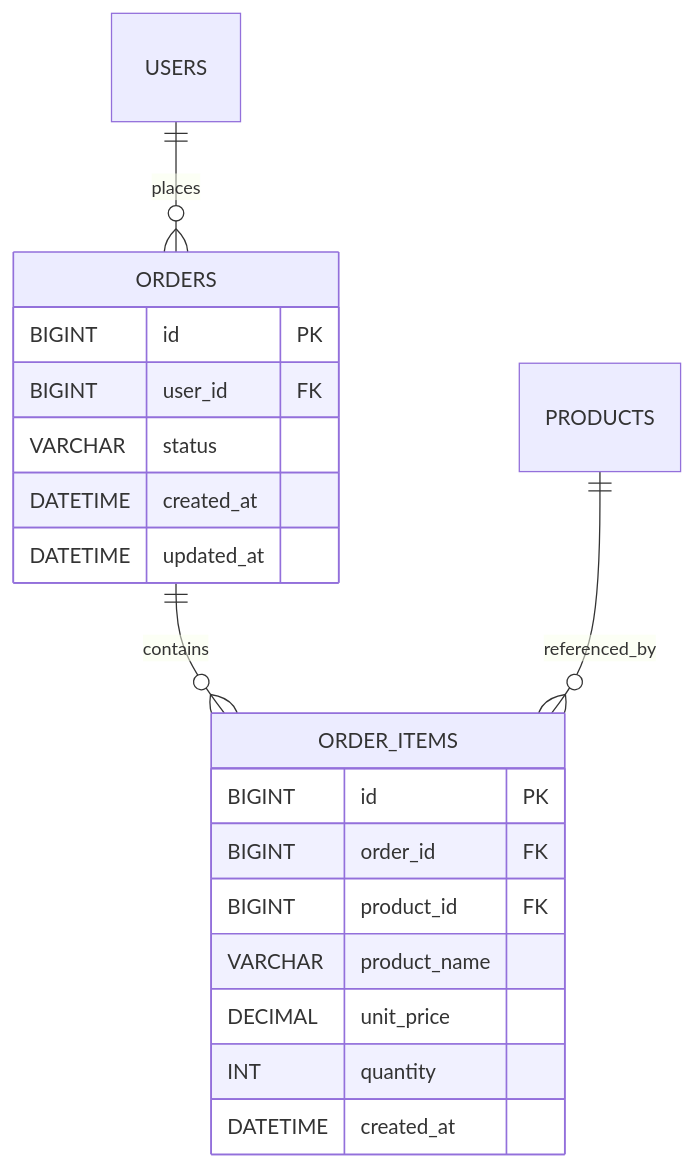
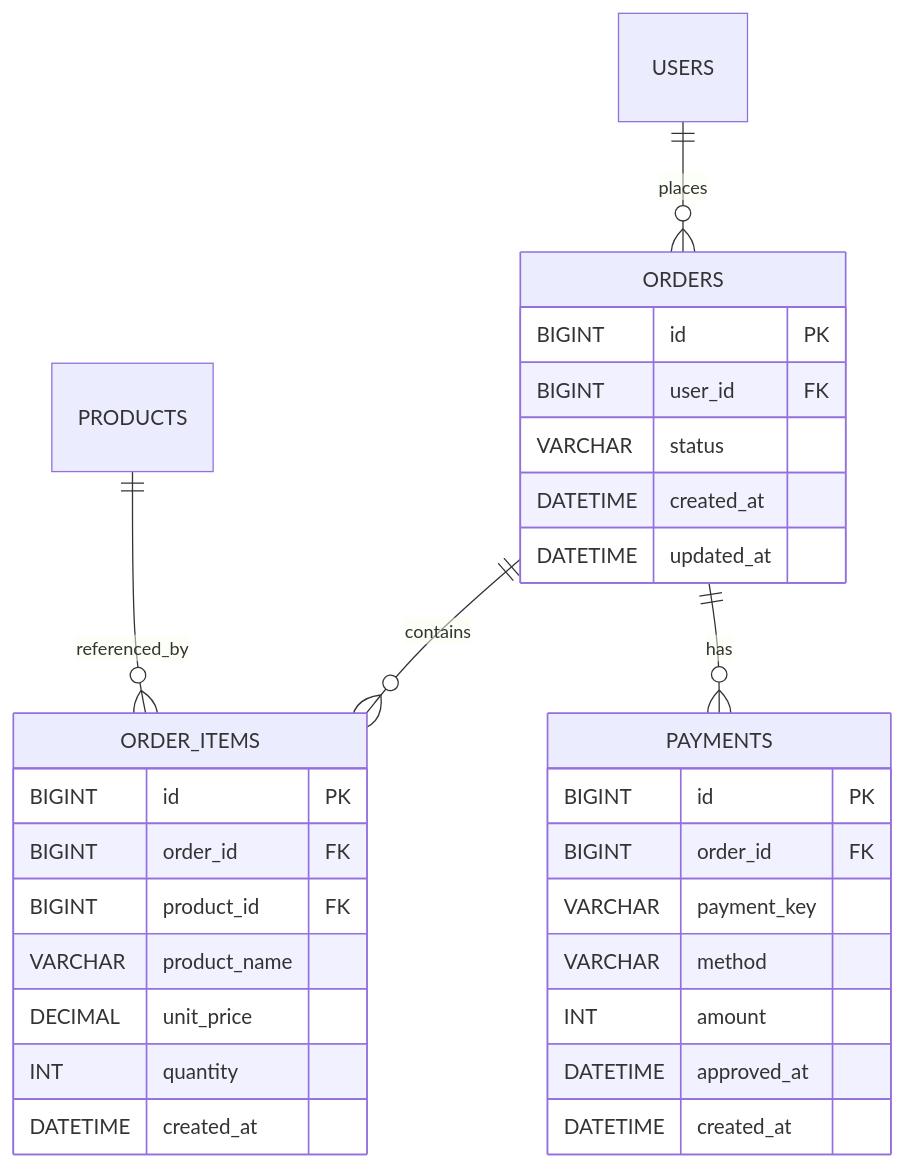
Before and after one commit to SINHEESEOP/Evo-Commerce: the first of 2 diagrams in docs/wiki/Phase2_기획및설계.md, drawn with Mermaid. The commit also changed other lines of this file and 7 other files, not shown here.

````diff
--- a/docs/wiki/Phase2_기획및설계.md
+++ b/docs/wiki/Phase2_기획및설계.md
@@ -8,24 +8,35 @@
 ```mermaid
 erDiagram
     USERS ||--o{ ORDERS : places
     ORDERS ||--o{ ORDER_ITEMS : contains
+    ORDERS ||--o{ PAYMENTS : has
     PRODUCTS ||--o{ ORDER_ITEMS : referenced_by
 
     ORDERS {
         BIGINT id PK
         BIGINT user_id FK
         VARCHAR status
         DATETIME created_at
         DATETIME updated_at
     }
 
     ORDER_ITEMS {
         BIGINT id PK
         BIGINT order_id FK
         BIGINT product_id FK
         VARCHAR product_name
         DECIMAL unit_price
         INT quantity
         DATETIME created_at
     }
+
+    PAYMENTS {
+        BIGINT id PK
+        BIGINT order_id FK
+        VARCHAR payment_key
+        VARCHAR method
+        INT amount
+        DATETIME approved_at
+        DATETIME created_at
+    }
 ```
````
